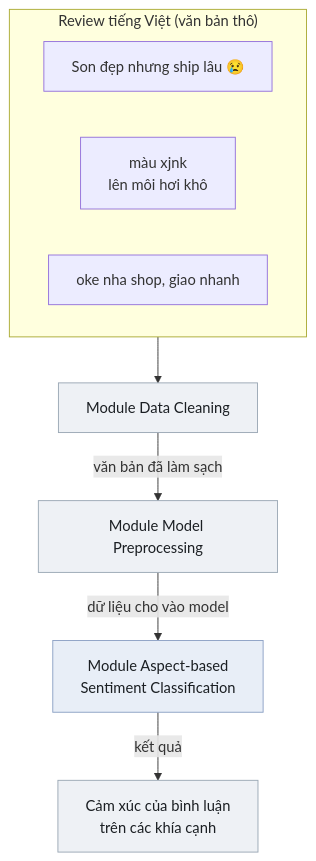
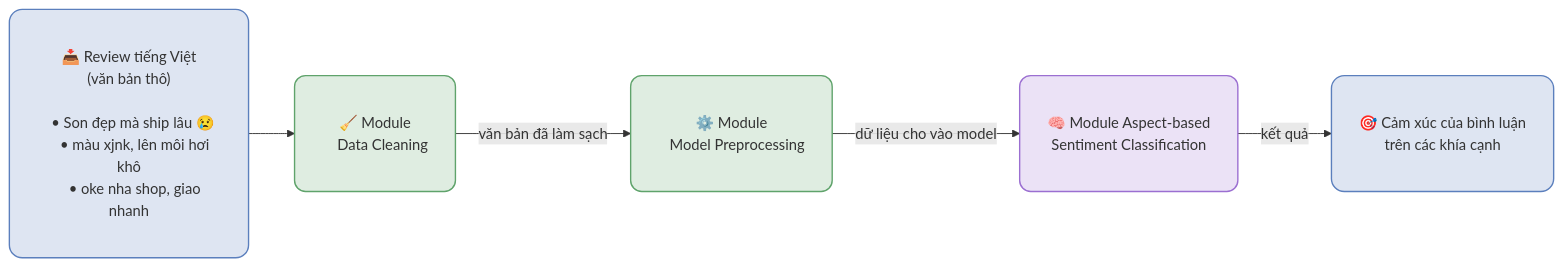
Before and after one commit to TrieuKhac-dev/SentimentX: the diagram in presentations/inference_pipeline.md, drawn with Mermaid. The commit also changed other lines of this file, not shown here.

Commit message:
docs(presentations): redraw the inference pipeline

````diff
--- a/presentations/inference_pipeline.md
+++ b/presentations/inference_pipeline.md
@@ -9,22 +9,18 @@
 ```mermaid
-flowchart TD
-    subgraph RAW["Review tiếng Việt (văn bản thô)"]
-        direction LR
-        E1["Son đẹp nhưng ship lâu 😢"]
-        E2["màu xjnk<br/>lên môi hơi khô"]
-        E3["oke nha shop, giao nhanh"]
-    end
-    CLEAN["Module Data Cleaning"]:::step
-    PREP["Module Model Preprocessing"]:::step
-    CLS["Module Aspect-based<br/>Sentiment Classification"]:::model
-    OUT["Cảm xúc của bình luận<br/>trên các khía cạnh"]:::io
+flowchart LR
+    RAW["📥 Review tiếng Việt<br/>(văn bản thô)<br/><br/>&nbsp;&nbsp;• Son đẹp mà ship lâu 😢<br/>&nbsp;&nbsp;&nbsp;&nbsp;• màu xjnk, lên môi hơi khô<br/>&nbsp;&nbsp;&nbsp;&nbsp;• oke nha shop, giao nhanh"]:::io
 
-    RAW --> CLEAN
-    CLEAN -->|văn bản đã làm sạch| PREP
-    PREP -->|dữ liệu cho vào model| CLS
-    CLS -->|kết quả| OUT
+    CLEAN["🧹 Module<br/>&nbsp;&nbsp;&nbsp;&nbsp;Data Cleaning"]:::step
+    PREP["⚙️ Module<br/>&nbsp;&nbsp;&nbsp;Model Preprocessing"]:::step
+    CLS["🧠 Module Aspect-based<br/>Sentiment Classification"]:::model
+    OUT["🎯 Cảm xúc của bình luận<br/>trên các khía cạnh"]:::io
 
-    classDef io    fill:#eef1f5,stroke:#9aa7b4,color:#1b1f23,stroke-width:1px;
-    classDef step  fill:#eef1f5,stroke:#9aa7b4,color:#1b1f23,stroke-width:1px;
-    classDef model fill:#e8eef7,stroke:#8ba0c4,color:#1b1f23,stroke-width:1px;
+    RAW  --> CLEAN
+    CLEAN -->|<span style='font-size:16px'>văn bản đã làm sạch</span>| PREP
+    PREP  -->|<span style='font-size:16px'>dữ liệu cho vào model</span>| CLS
+    CLS   -->|<span style='font-size:16px'>kết quả</span>| OUT
+
+    classDef io    fill:#5B7FBD33,stroke:#5B7FBD,stroke-width:1.5px,rx:14,ry:14,padding:18px;
+    classDef step  fill:#5FA36B33,stroke:#5FA36B,stroke-width:1.5px,rx:12,ry:12,padding:12px;
+    classDef model fill:#9B6FD133,stroke:#9B6FD1,stroke-width:1.5px,rx:12,ry:12,padding:12px;
 ```
````
